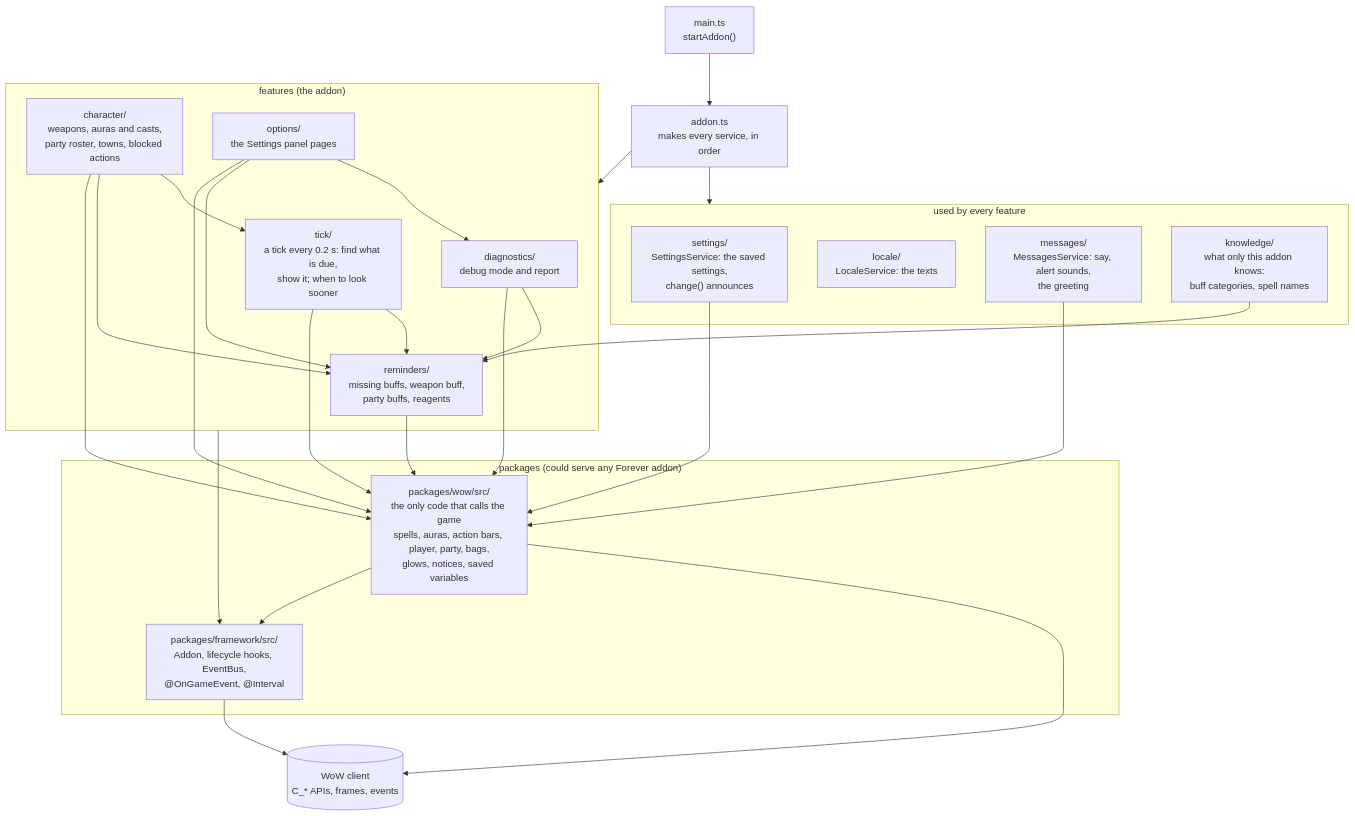
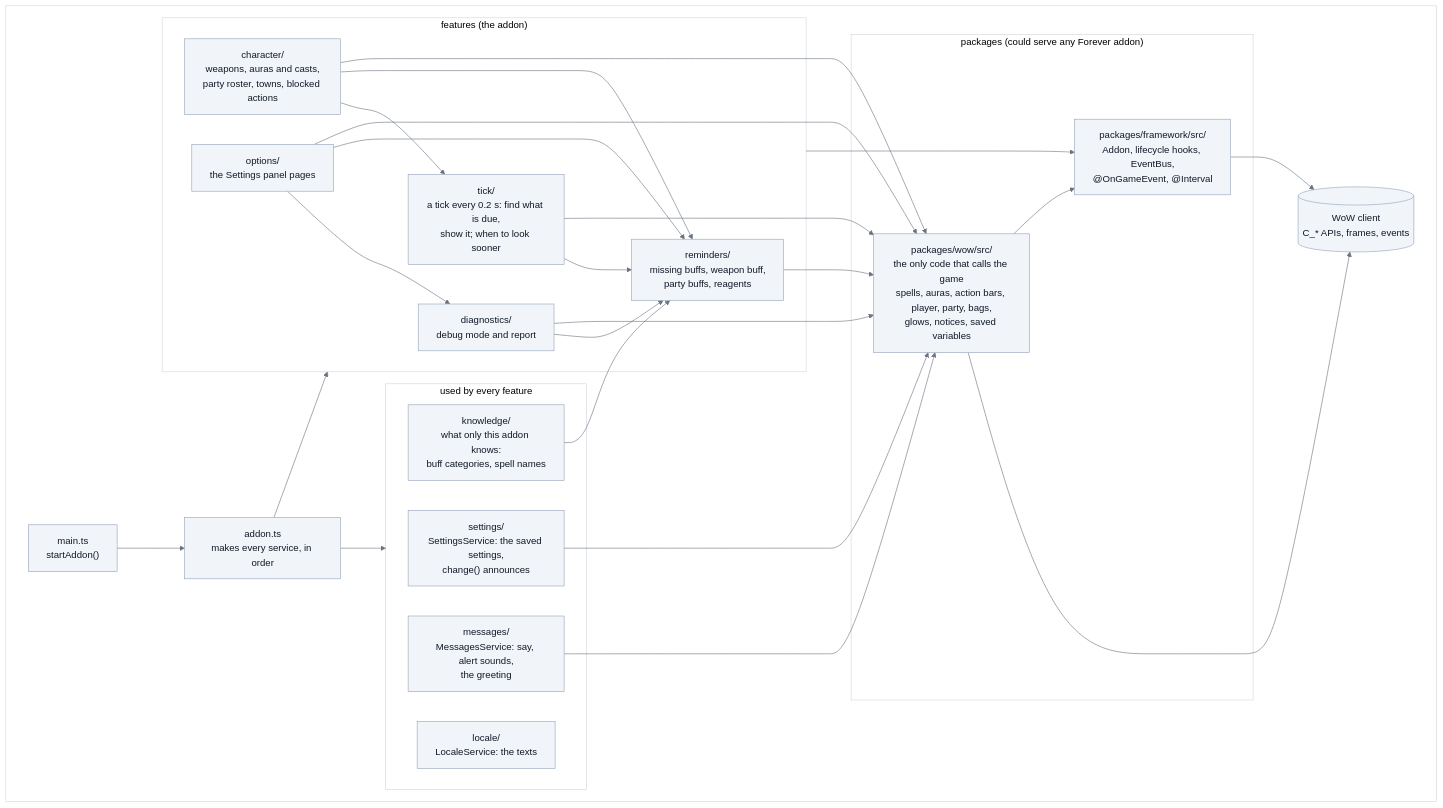
One commit to vattiss/wowkit changed the second of 7 diagrams in docs/architecture.md. Above: the diagram before and after it, drawn with Mermaid. The commit also changed other lines of this file and 39 other files, not shown here.

First line of the commit message:
docs: show the design patterns in the diagrams, on a light background

````diff
--- a/docs/architecture.md
+++ b/docs/architecture.md
@@ -71,47 +76,52 @@
 ```mermaid
+%%{init: {"theme": "base", "themeVariables": {"background": "#ffffff", "lineColor": "#6b7280", "textColor": "#111827", "primaryColor": "#f1f5f9", "primaryTextColor": "#111827", "primaryBorderColor": "#94a3b8", "secondaryColor": "#e2e8f0", "tertiaryColor": "#ffffff", "edgeLabelBackground": "#ffffff", "clusterBkg": "#ffffff", "clusterBorder": "#d1d5db", "actorBkg": "#f1f5f9", "actorTextColor": "#111827", "actorBorder": "#94a3b8", "actorLineColor": "#6b7280", "signalColor": "#374151", "signalTextColor": "#111827", "noteBkgColor": "#fef9c3", "noteTextColor": "#111827"}}}%%
 flowchart TB
-    main["main.ts<br/>startAddon()"] --> wiring["addon.ts<br/>makes every service, in order"]
+    subgraph PANEL[" "]
+        main["main.ts<br/>startAddon()"] --> wiring["addon.ts<br/>makes every service, in order"]
 
-    subgraph global["used by every feature"]
-        settings["settings/<br/>SettingsService: the saved settings,<br/>change() announces"]
-        locale["locale/<br/>LocaleService: the texts"]
-        messages["messages/<br/>MessagesService: say, alert sounds,<br/>the greeting"]
-        knowledge["knowledge/<br/>what only this addon knows:<br/>buff categories, spell names"]
+        subgraph global["used by every feature"]
+            settings["settings/<br/>SettingsService: the saved settings,<br/>change() announces"]
+            locale["locale/<br/>LocaleService: the texts"]
+            messages["messages/<br/>MessagesService: say, alert sounds,<br/>the greeting"]
+            knowledge["knowledge/<br/>what only this addon knows:<br/>buff categories, spell names"]
+        end
+
+        subgraph features["features (the addon)"]
+            tick["tick/<br/>a tick every 0.2 s: find what is due,<br/>show it; when to look sooner"]
+            character["character/<br/>weapons, auras and casts,<br/>party roster, towns, blocked actions"]
+            options["options/<br/>the Settings panel pages"]
+            diagnostics["diagnostics/<br/>debug mode and report"]
+            reminders["reminders/<br/>missing buffs, weapon buff,<br/>party buffs, reagents"]
+        end
+
+        subgraph toolkit["packages (could serve any Forever addon)"]
+            wow["packages/wow/src/<br/>the only code that calls the game<br/>spells, auras, action bars, player, party, bags,<br/>glows, notices, saved variables"]
+            framework["packages/framework/src/<br/>Addon, lifecycle hooks, EventBus,<br/>@OnGameEvent, @Interval"]
+        end
+
+        game[("WoW client<br/>C_* APIs, frames, events")]
+
+        wiring --> global
+        wiring --> features
+        tick --> reminders
+        tick --> wow
+        character --> tick
+        character --> reminders
+        character --> wow
+        options --> diagnostics
+        options --> reminders
+        options --> wow
+        diagnostics --> reminders
+        diagnostics --> wow
+        knowledge --> reminders
+        reminders --> wow
+        settings --> wow
+        messages --> wow
+        wow --> game
+        wow --> framework
+        framework --> game
+        features --> framework
     end
-
-    subgraph features["features (the addon)"]
-        tick["tick/<br/>a tick every 0.2 s: find what is due,<br/>show it; when to look sooner"]
-        character["character/<br/>weapons, auras and casts,<br/>party roster, towns, blocked actions"]
-        options["options/<br/>the Settings panel pages"]
-        diagnostics["diagnostics/<br/>debug mode and report"]
-        reminders["reminders/<br/>missing buffs, weapon buff,<br/>party buffs, reagents"]
-    end
-
-    subgraph toolkit["packages (could serve any Forever addon)"]
-        wow["packages/wow/src/<br/>the only code that calls the game<br/>spells, auras, action bars, player, party, bags,<br/>glows, notices, saved variables"]
-        framework["packages/framework/src/<br/>Addon, lifecycle hooks, EventBus,<br/>@OnGameEvent, @Interval"]
-    end
-
-    game[("WoW client<br/>C_* APIs, frames, events")]
-
-    wiring --> global
-    wiring --> features
-    tick --> reminders
-    tick --> wow
-    character --> tick
-    character --> reminders
-    character --> wow
-    options --> diagnostics
-    options --> reminders
-    options --> wow
-    diagnostics --> reminders
-    diagnostics --> wow
-    knowledge --> reminders
-    reminders --> wow
-    settings --> wow
-    messages --> wow
-    wow --> game
-    wow --> framework
-    framework --> game
-    features --> framework
+    classDef panel fill:#ffffff,stroke:#d1d5db,color:#111827
+    class PANEL panel
 ```
````
